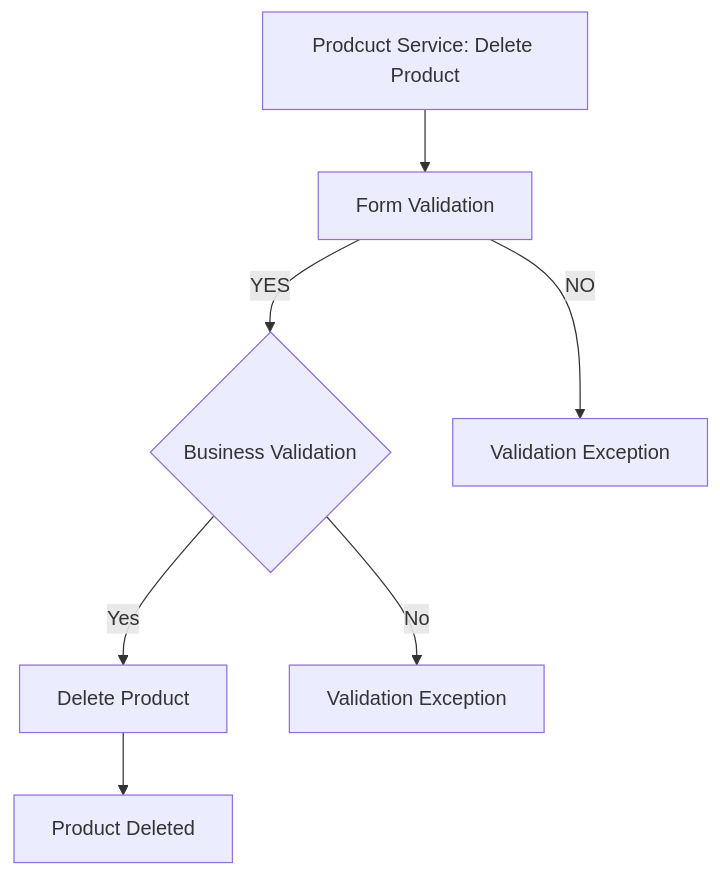
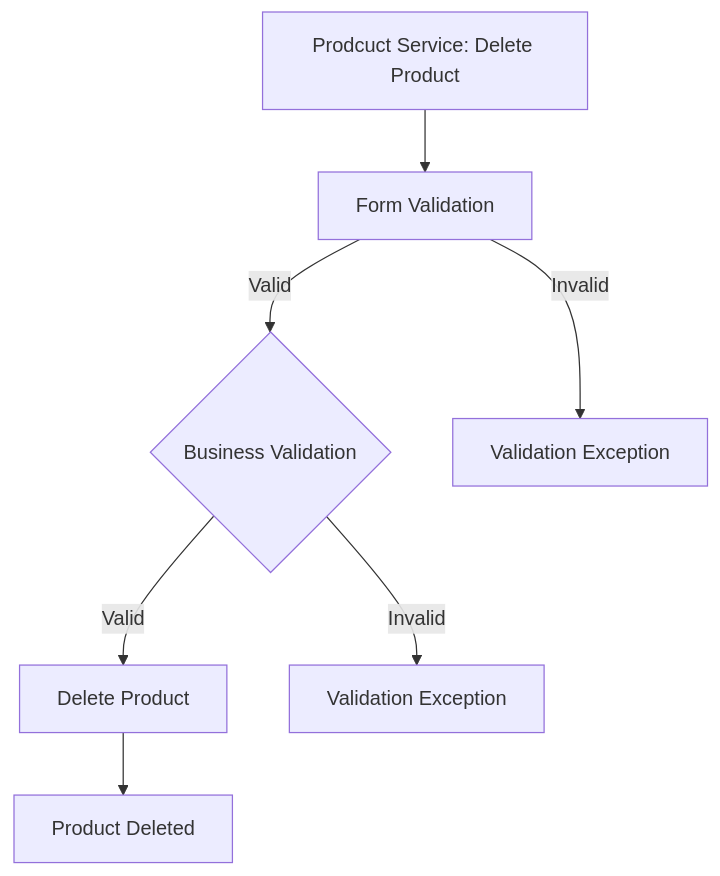
The seventh of 9 diagrams in README.md (fssa-batch3/sec_b_inbalokesh.esakkipandi__corejava_project_2), drawn with Mermaid before and after one commit. The commit also changed other lines of this file, not shown here.

````diff
--- a/README.md
+++ b/README.md
@@ -248,9 +291,9 @@
 ```mermaid
 graph TD;
   A["Prodcuct Service: Delete Product"] --> B["Form Validation"]
-  B -- YES--> C{Business Validation}
-  B -- NO --> G[Validation Exception]
-  C -- Yes --> D[Delete Product]
+  B -- Valid --> C{Business Validation}
+  B -- Invalid --> G[Validation Exception]
+  C -- Valid --> D[Delete Product]
   D --> E[Product Deleted]
-  C -- No --> F[Validation Exception]
+  C -- Invalid --> F[Validation Exception]
 ```
````
